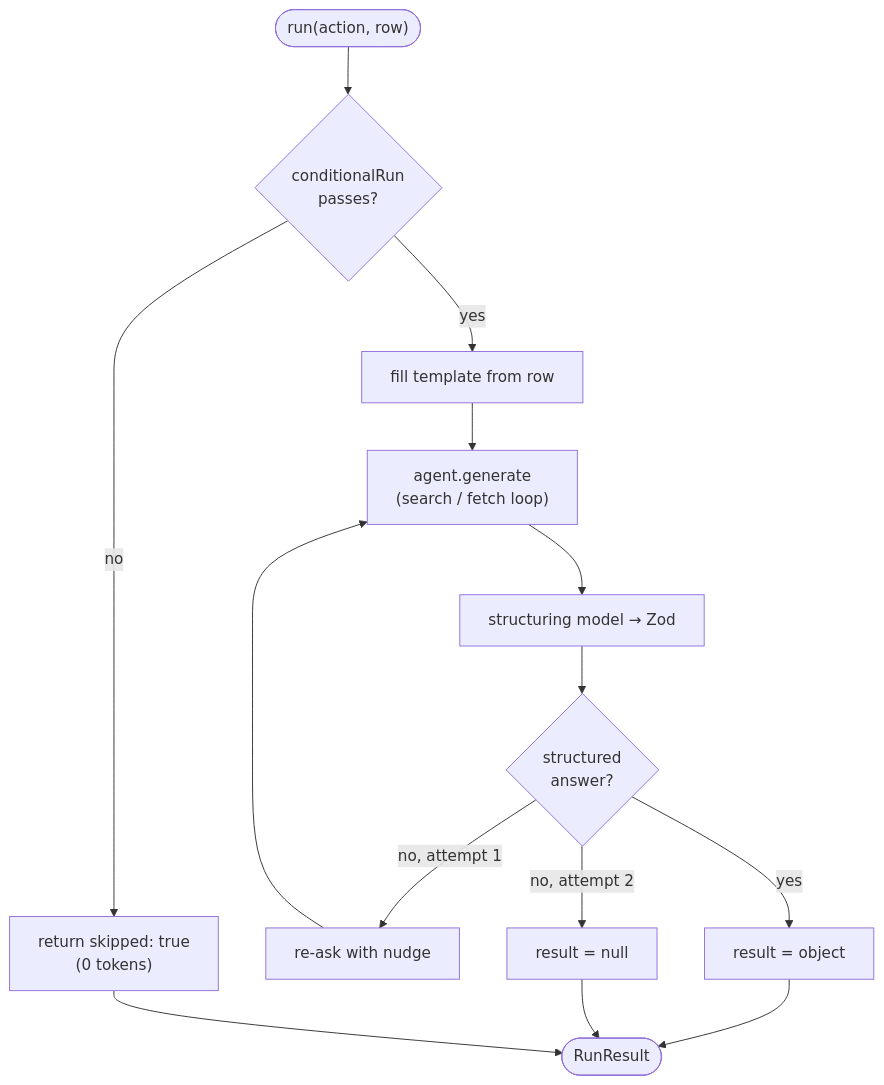
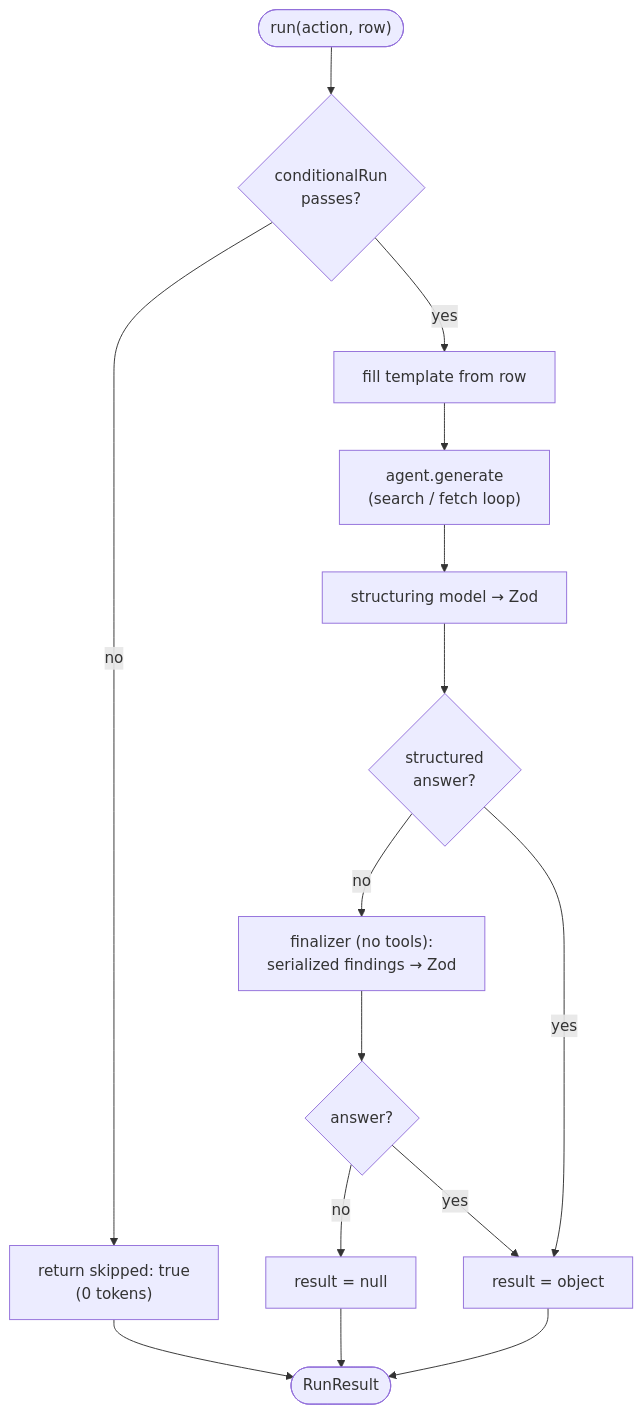
One commit to simonbalfe/openclaygent changed the second of 3 diagrams in docs/architecture.md. Above: the diagram before and after it, drawn with Mermaid. The commit also changed other lines of this file and 6 other files, not shown here.

````diff
--- a/docs/architecture.md
+++ b/docs/architecture.md
@@ -29,15 +31,17 @@
 ```mermaid
 flowchart TD
   S(["run(action, row)"]) --> C{"conditionalRun<br/>passes?"}
   C -- no --> SK["return skipped: true<br/>(0 tokens)"]
   C -- yes --> F["fill template from row"]
   F --> G["agent.generate<br/>(search / fetch loop)"]
   G --> ST["structuring model → Zod"]
   ST --> Q{"structured<br/>answer?"}
-  Q -- "no, attempt 1" --> N["re-ask with nudge"] --> G
-  Q -- "no, attempt 2" --> NULL["result = null"]
+  Q -- no --> FIN["finalizer (no tools):<br/>serialized findings → Zod"]
+  FIN --> Q2{"answer?"}
+  Q2 -- no --> NULL["result = null"]
+  Q2 -- yes --> OK
   Q -- yes --> OK["result = object"]
   OK --> OUT(["RunResult"])
   NULL --> OUT
   SK --> OUT
 ```
````
